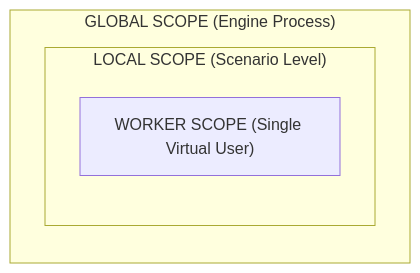
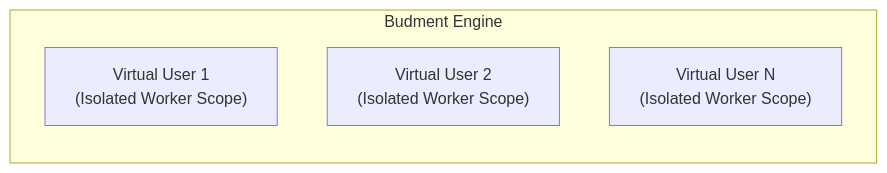
Before and after one commit to budment/budment: the diagram in docs/guide/04-state.md, drawn with Mermaid. The commit also changed other lines of this file and 2 other files, not shown here.

````diff
--- a/docs/guide/04-state.md
+++ b/docs/guide/04-state.md
@@ -23,10 +23,9 @@
 ```mermaid
-flowchart TB
-    subgraph G ["GLOBAL SCOPE (Engine Process)"]
+flowchart LR
+    subgraph Engine ["Budment Engine"]
         direction TB
-        subgraph L ["LOCAL SCOPE (Scenario Level)"]
-            direction TB
-            W["WORKER SCOPE (Single Virtual User)"]
-        end
+        VU1["Virtual User 1<br/>(Isolated Worker Scope)"]
+        VU2["Virtual User 2<br/>(Isolated Worker Scope)"]
+        VUN["Virtual User N<br/>(Isolated Worker Scope)"]
     end
 ```
````
